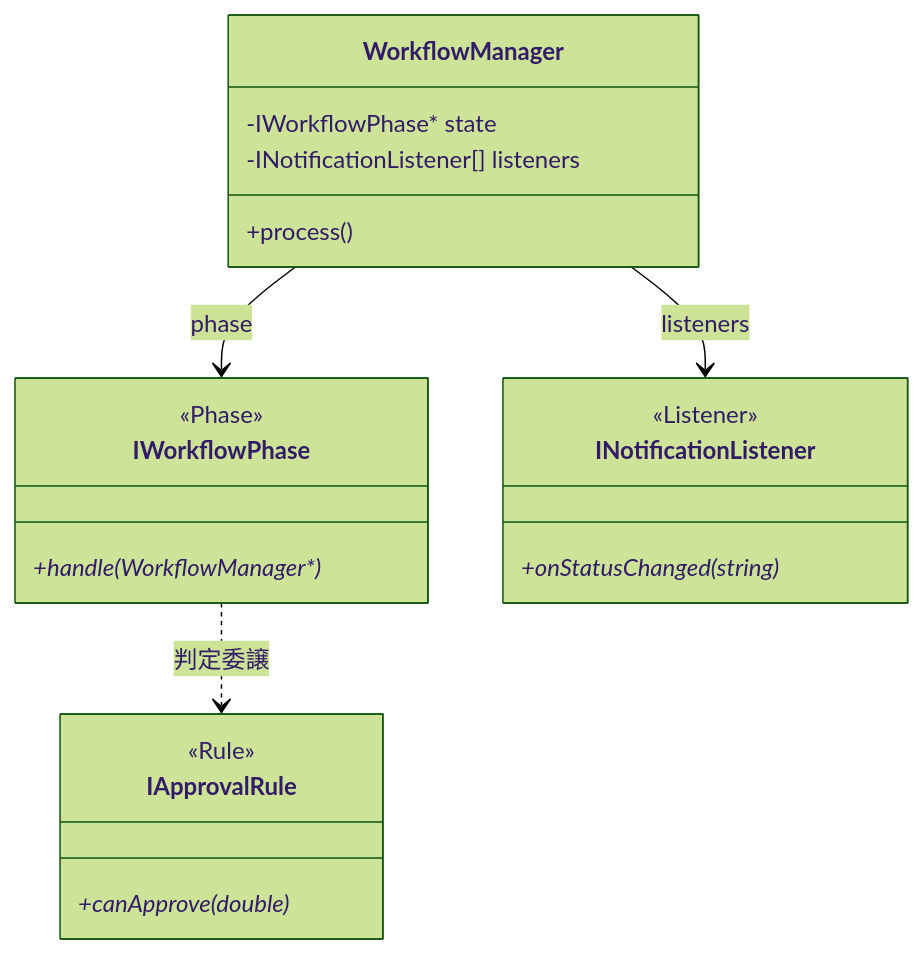
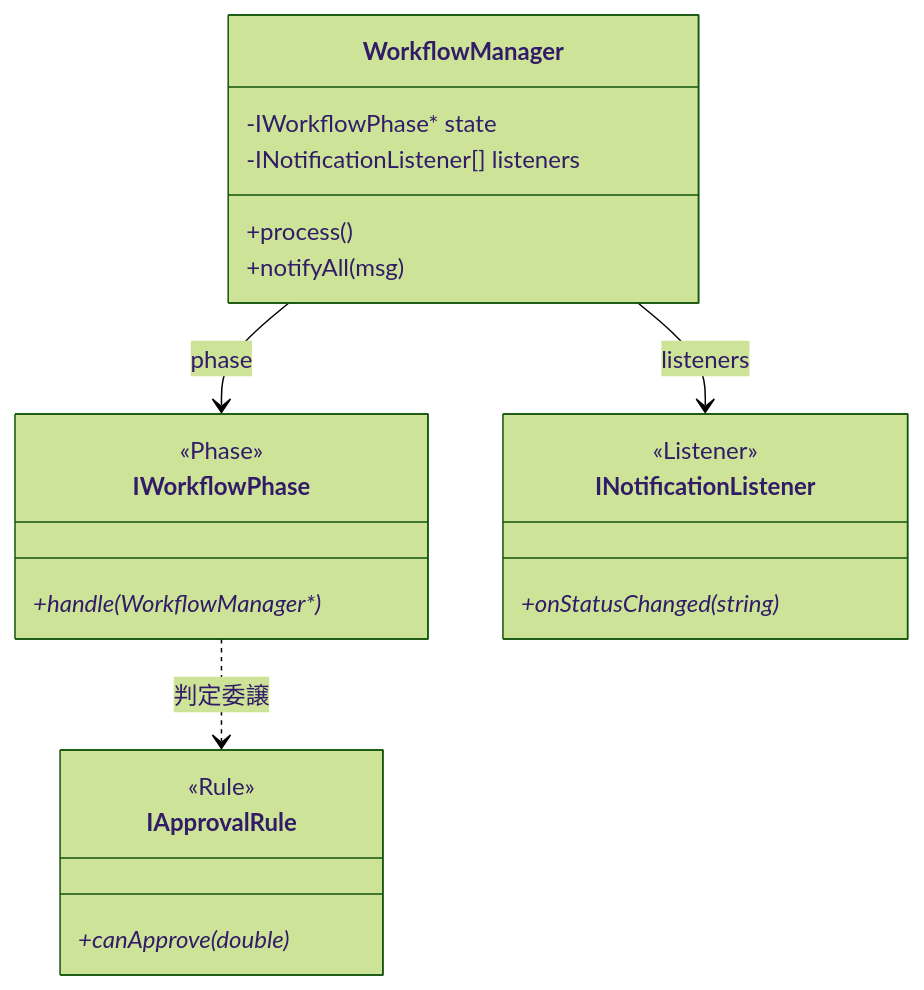
One commit to kumachan1101-pixel/DesignPattern changed the seventh of 7 diagrams in kindle/design-patterns/output/chapter12.md. Above: the diagram before and after it, drawn with Mermaid (forest theme). The commit also changed other lines of this file and 10 other files, not shown here.

````diff
--- a/kindle/design-patterns/output/chapter12.md
+++ b/kindle/design-patterns/output/chapter12.md
@@ -1405,24 +1036,24 @@
 ```mermaid
 classDiagram
     class WorkflowManager {
         -IWorkflowPhase* state
         -INotificationListener[] listeners
         +process()
+        +notifyAll(msg)
     }
     class IWorkflowPhase {
         <<Phase>>
         +handle(WorkflowManager*)*
     }
     class IApprovalRule {
         <<Rule>>
         +canApprove(double)*
     }
     class INotificationListener {
         <<Listener>>
         +onStatusChanged(string)*
     }
     WorkflowManager --> IWorkflowPhase : phase
     WorkflowManager --> INotificationListener : listeners
     IWorkflowPhase ..> IApprovalRule : 判定委譲
-
 ```
````
